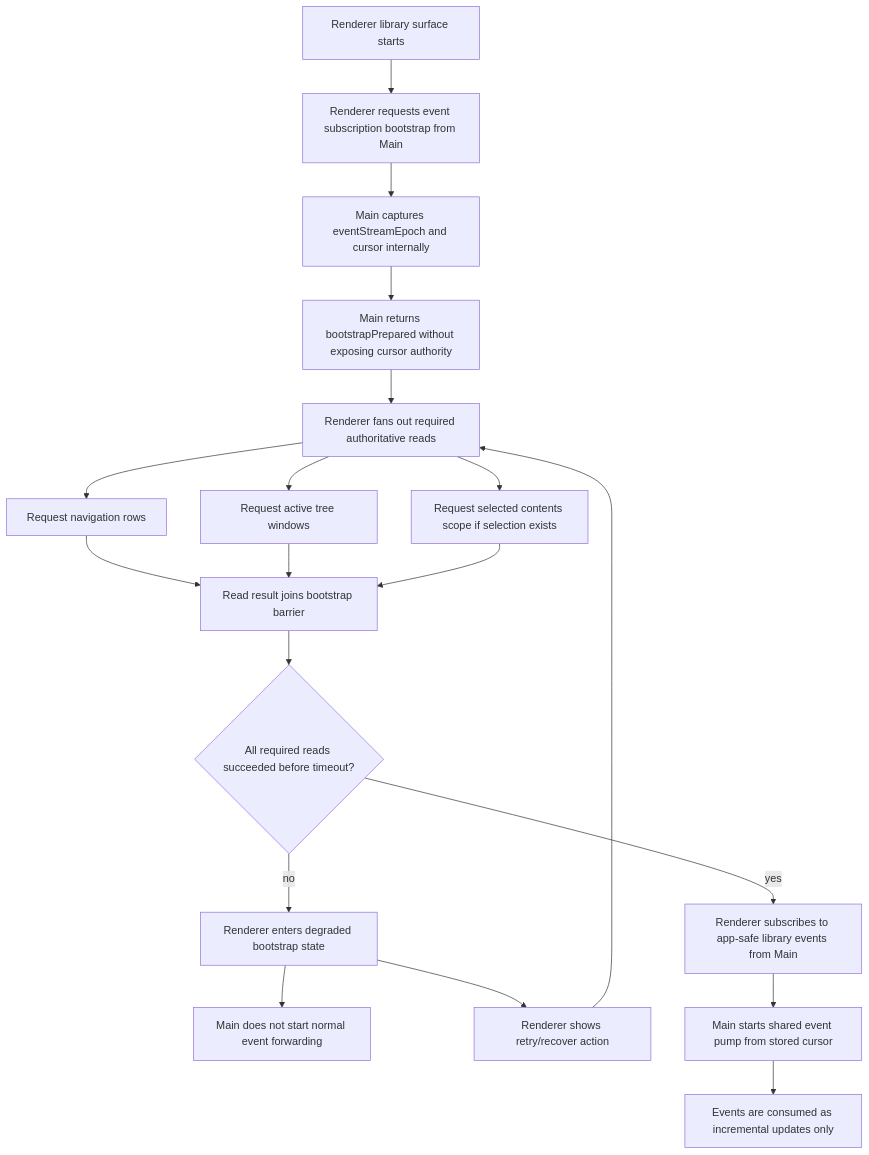
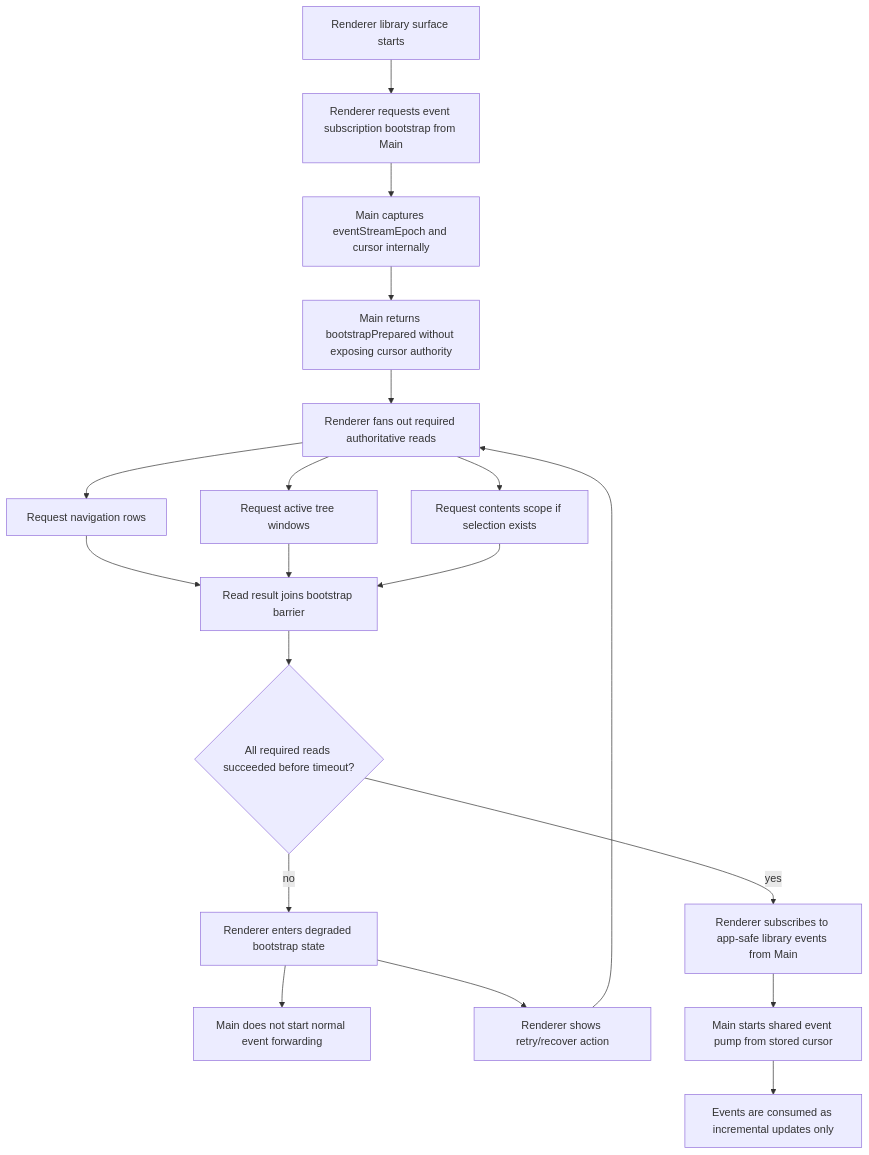
Before and after one commit to maikeleckelboom/dekzer-legacy: the tenth of 14 diagrams in docs/library/library-substrate-e2e-flow-diagrams.md, drawn with Mermaid. The commit also changed other lines of this file and 17 other files, not shown here.

````diff
--- a/docs/library/library-substrate-e2e-flow-diagrams.md
+++ b/docs/library/library-substrate-e2e-flow-diagrams.md
@@ -599,21 +599,21 @@
 ```mermaid
 flowchart TD
   A["Renderer library surface starts"] --> B["Renderer requests event subscription bootstrap from Main"]
   B --> C["Main captures eventStreamEpoch and cursor internally"]
   C --> D["Main returns bootstrapPrepared without exposing cursor authority"]
   D --> E["Renderer fans out required authoritative reads"]
   E --> F["Request navigation rows"]
   E --> G["Request active tree windows"]
-  E --> H["Request selected contents scope if selection exists"]
+  E --> H["Request contents scope if selection exists"]
   F --> I["Read result joins bootstrap barrier"]
   G --> I
   H --> I
   I --> J{"All required reads succeeded before timeout?"}
   J -->|" no "| K["Renderer enters degraded bootstrap state"]
   K --> L["Main does not start normal event forwarding"]
   K --> M["Renderer shows retry/recover action"]
   M --> E
   J -->|" yes "| N["Renderer subscribes to app-safe library events from Main"]
   N --> O["Main starts shared event pump from stored cursor"]
   O --> P["Events are consumed as incremental updates only"]
 ```
````
